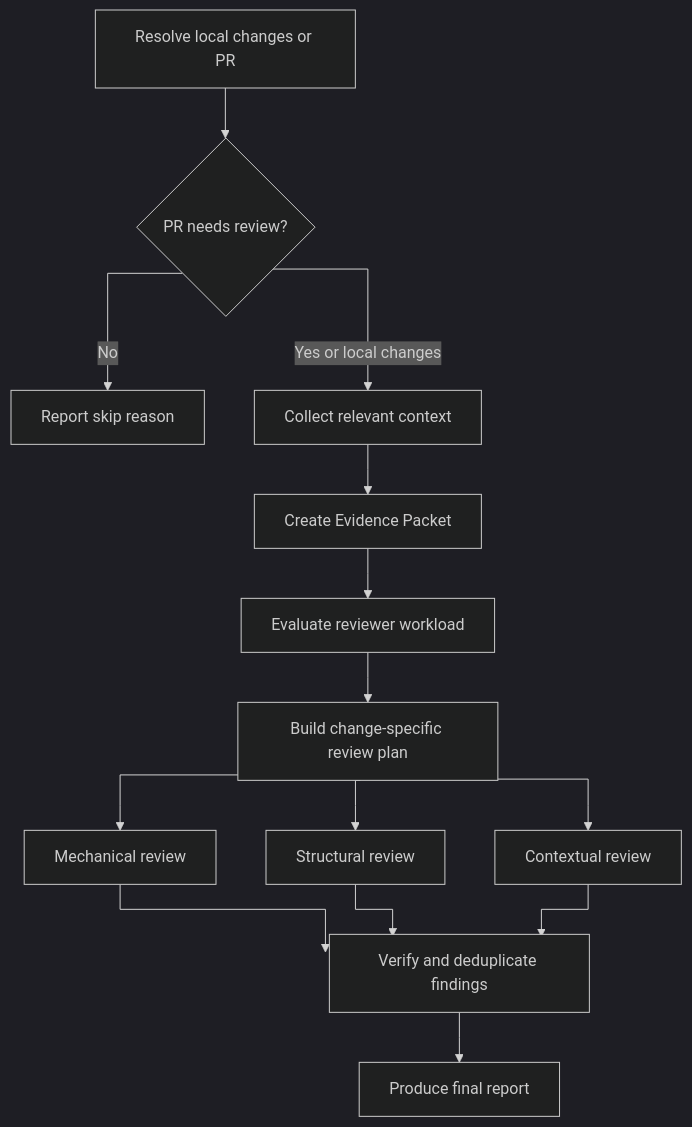
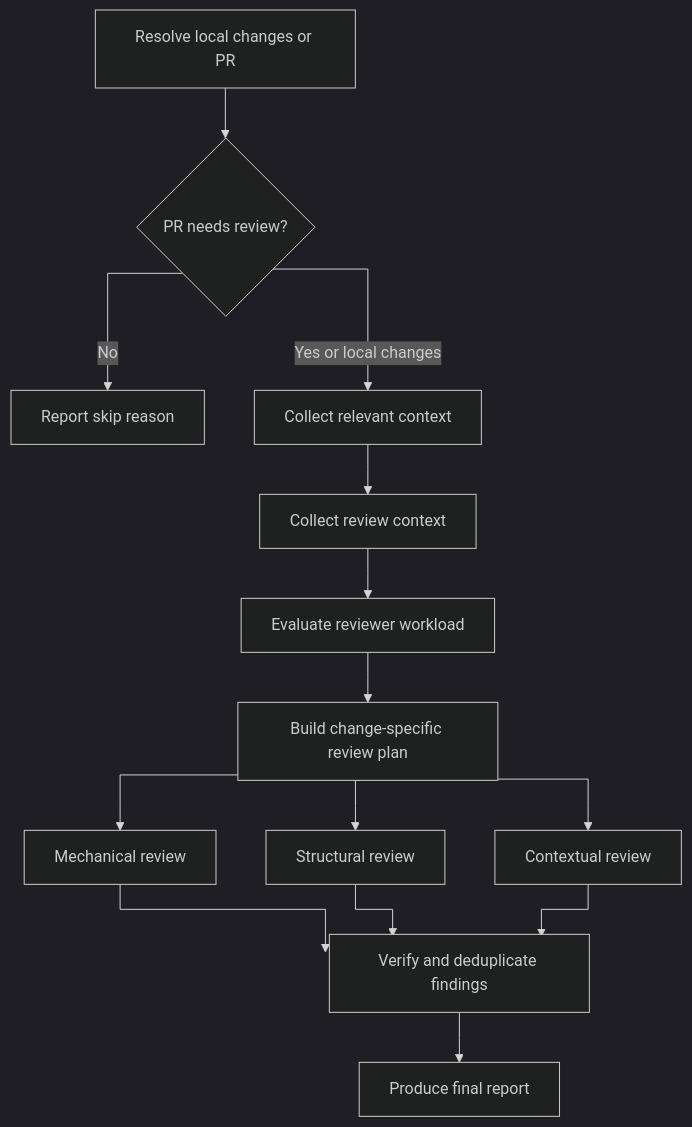
Before and after one commit to takuto-san/review: the diagram in README.md, drawn with Mermaid (dark theme). The commit also changed other lines of this file and 7 other files, not shown here.

Commit message:
sync review context documentation

````diff
--- a/README.md
+++ b/README.md
@@ -67,17 +67,17 @@
 ```mermaid
 %%{init: {"flowchart": {"curve": "stepAfter"}}}%%
 flowchart TD
     A[Resolve local changes or PR] --> B{PR needs review?}
     B -->|No| X[Report skip reason]
     B -->|Yes or local changes| C[Collect relevant context]
-    C --> D[Create Evidence Packet]
+    C --> D[Collect review context]
     D --> E[Evaluate reviewer workload]
     E --> F[Build change-specific review plan]
     F --> G1[Mechanical review]
     F --> G2[Structural review]
     F --> G3[Contextual review]
     G1 --> H[Verify and deduplicate findings]
     G2 --> H
     G3 --> H
     H --> I[Produce final report]
 ```
````
